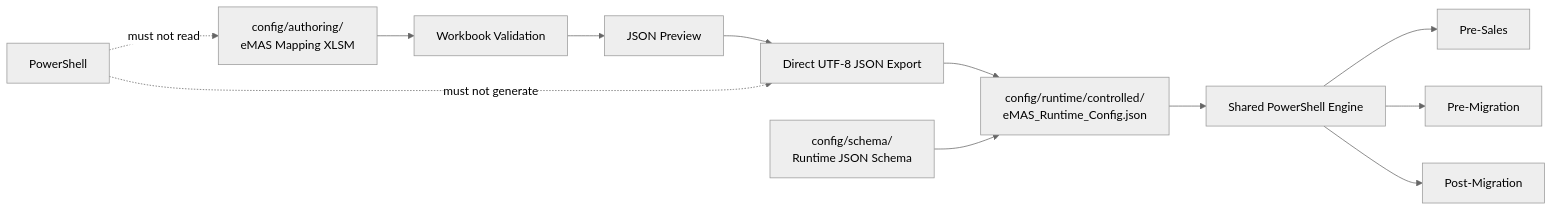
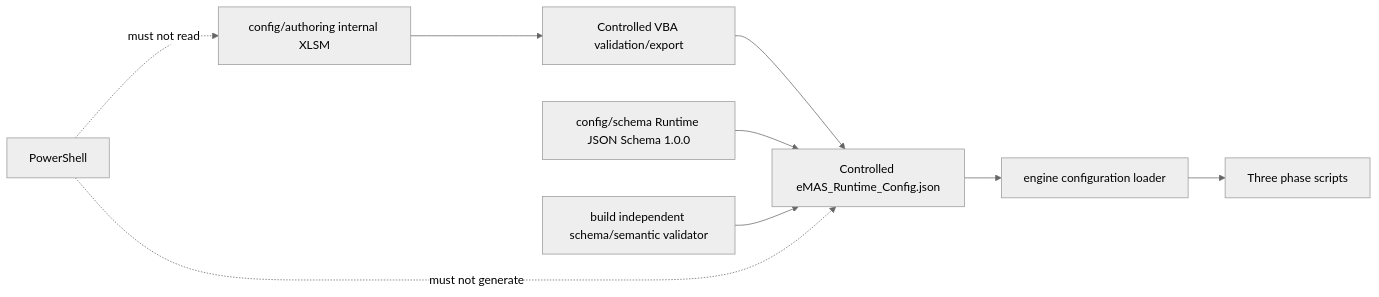
One commit to MightyM-ouse/eMAS changed the second of 3 diagrams in docs/architecture/eMAS_Repository_Architecture.md. Above: the diagram before and after it, drawn with Mermaid (neutral theme). The commit also changed other lines of this file and 18 other files, not shown here.

Commit message:
Synchronize solution architecture and phase contracts

````diff
--- a/docs/architecture/eMAS_Repository_Architecture.md
+++ b/docs/architecture/eMAS_Repository_Architecture.md
@@ -101,16 +108,11 @@
 ```mermaid
 flowchart LR
-    A["config/authoring/<br/>eMAS Mapping XLSM"] --> B["Workbook Validation"]
-    B --> C["JSON Preview"]
-    C --> D["Direct UTF-8 JSON Export"]
-    D --> E["config/runtime/controlled/<br/>eMAS_Runtime_Config.json"]
-    F["config/schema/<br/>Runtime JSON Schema"] --> E
-
-    E --> G["Shared PowerShell Engine"]
-    G --> H["Pre-Sales"]
-    G --> I["Pre-Migration"]
-    G --> J["Post-Migration"]
-
-    X["PowerShell"] -.->|"must not read"| A
-    X -.->|"must not generate"| D
+    XLSM[config/authoring internal XLSM] --> VBA[Controlled VBA validation/export]
+    VBA --> JSON[Controlled eMAS_Runtime_Config.json]
+    SCHEMA[config/schema Runtime JSON Schema 1.0.0] --> JSON
+    VALIDATOR[build independent schema/semantic validator] --> JSON
+    JSON --> LOADER[engine configuration loader]
+    LOADER --> PHASES[Three phase scripts]
+    PS[PowerShell] -. must not read .-> XLSM
+    PS -. must not generate .-> JSON
 ```
````
